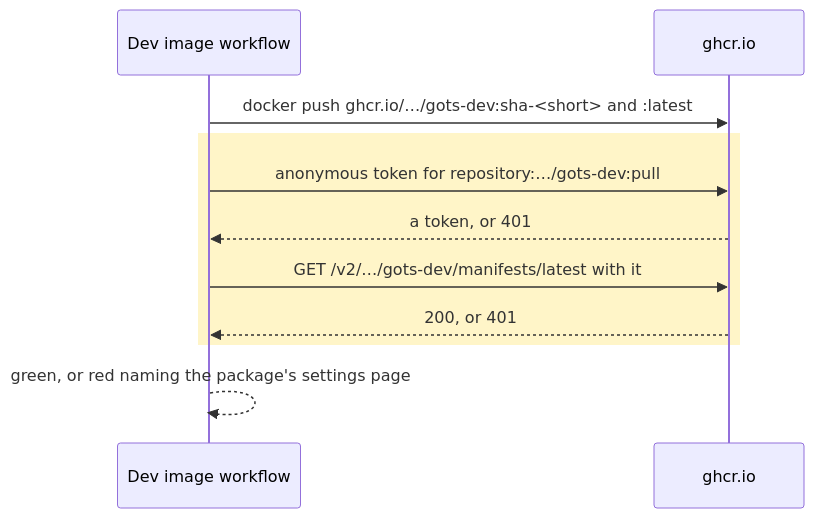
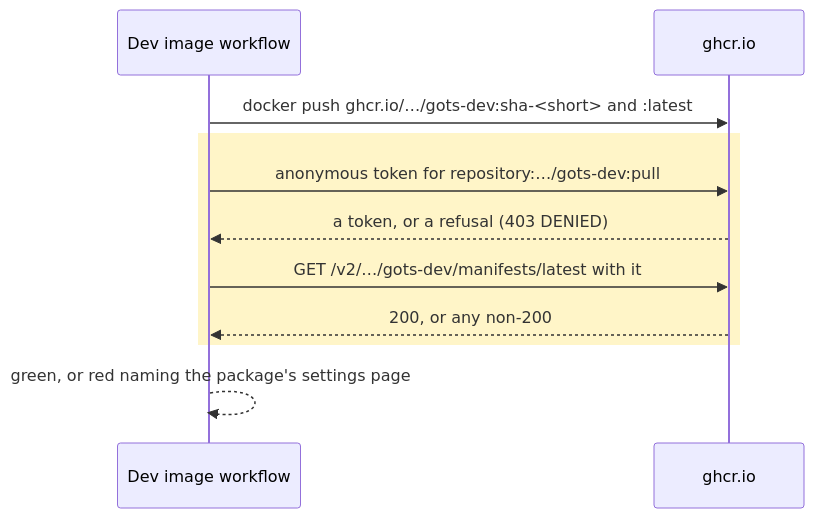
Before and after one commit to thehaseebahmed/hermesgots: the first of 2 diagrams in docs/plans/2026-11-09-dev-image-public-gate.md, drawn with Mermaid. The commit also changed other lines of this file and 2 other files, not shown here.

````diff
--- a/docs/plans/2026-11-09-dev-image-public-gate.md
+++ b/docs/plans/2026-11-09-dev-image-public-gate.md
@@ -26,13 +26,13 @@
 ```mermaid
 sequenceDiagram
   participant WF as Dev image workflow
   participant Reg as ghcr.io
   WF->>Reg: docker push ghcr.io/…/gots-dev:sha-<short> and :latest
   rect rgb(255, 245, 200)
   WF->>Reg: anonymous token for repository:…/gots-dev:pull
-  Reg-->>WF: a token, or 401
+  Reg-->>WF: a token, or a refusal (403 DENIED)
   WF->>Reg: GET /v2/…/gots-dev/manifests/latest with it
-  Reg-->>WF: 200, or 401
+  Reg-->>WF: 200, or any non-200
   end
   WF-->>WF: green, or red naming the package's settings page
 ```
````
